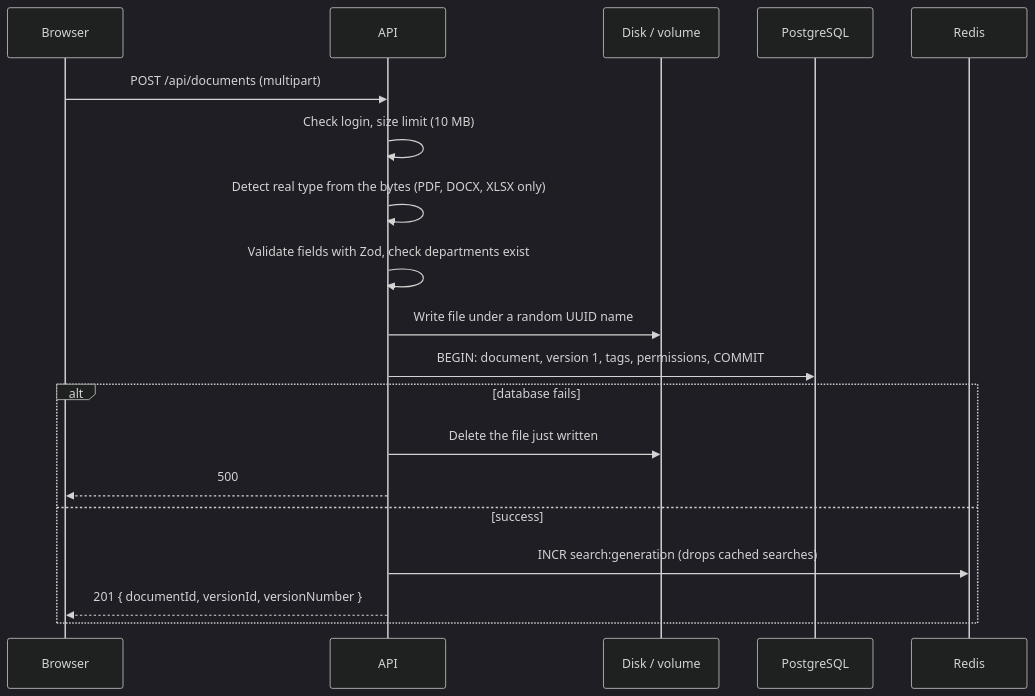
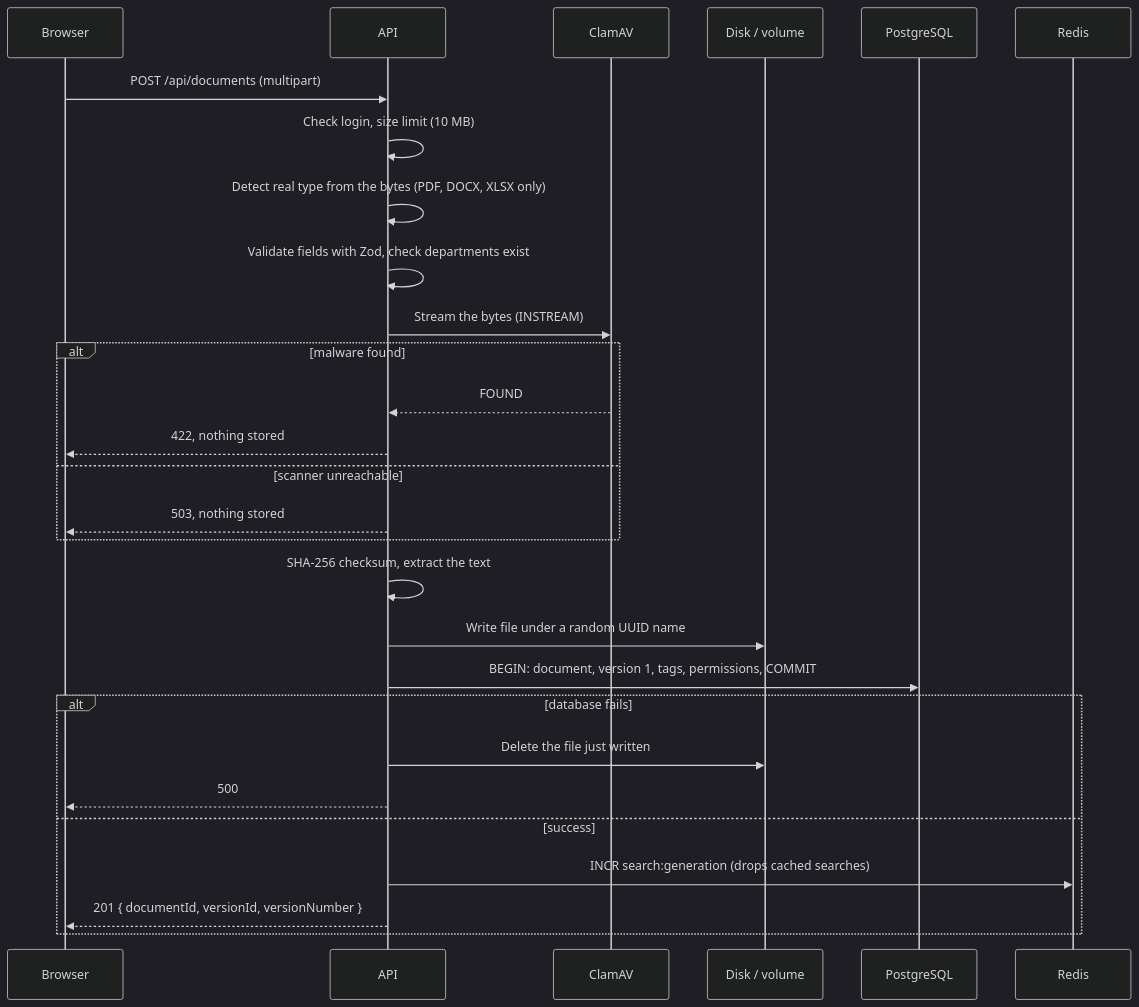
The third of 4 diagrams in docs/architecture.md (IbrahiimHassan/Document-Management-System), drawn with Mermaid (dark theme) before and after one commit. The commit also changed other lines of this file and 55 other files, not shown here.

````diff
--- a/docs/architecture.md
+++ b/docs/architecture.md
@@ -140,22 +153,31 @@
 ```mermaid
 sequenceDiagram
     participant B as Browser
     participant A as API
+    participant C as ClamAV
     participant D as Disk / volume
     participant P as PostgreSQL
     participant R as Redis
 
     B->>A: POST /api/documents (multipart)
     A->>A: Check login, size limit (10 MB)
     A->>A: Detect real type from the bytes (PDF, DOCX, XLSX only)
     A->>A: Validate fields with Zod, check departments exist
+    A->>C: Stream the bytes (INSTREAM)
+    alt malware found
+        C-->>A: FOUND
+        A-->>B: 422, nothing stored
+    else scanner unreachable
+        A-->>B: 503, nothing stored
+    end
+    A->>A: SHA-256 checksum, extract the text
     A->>D: Write file under a random UUID name
     A->>P: BEGIN: document, version 1, tags, permissions, COMMIT
     alt database fails
         A->>D: Delete the file just written
         A-->>B: 500
     else success
         A->>R: INCR search:generation (drops cached searches)
         A-->>B: 201 { documentId, versionId, versionNumber }
     end
 ```
````
